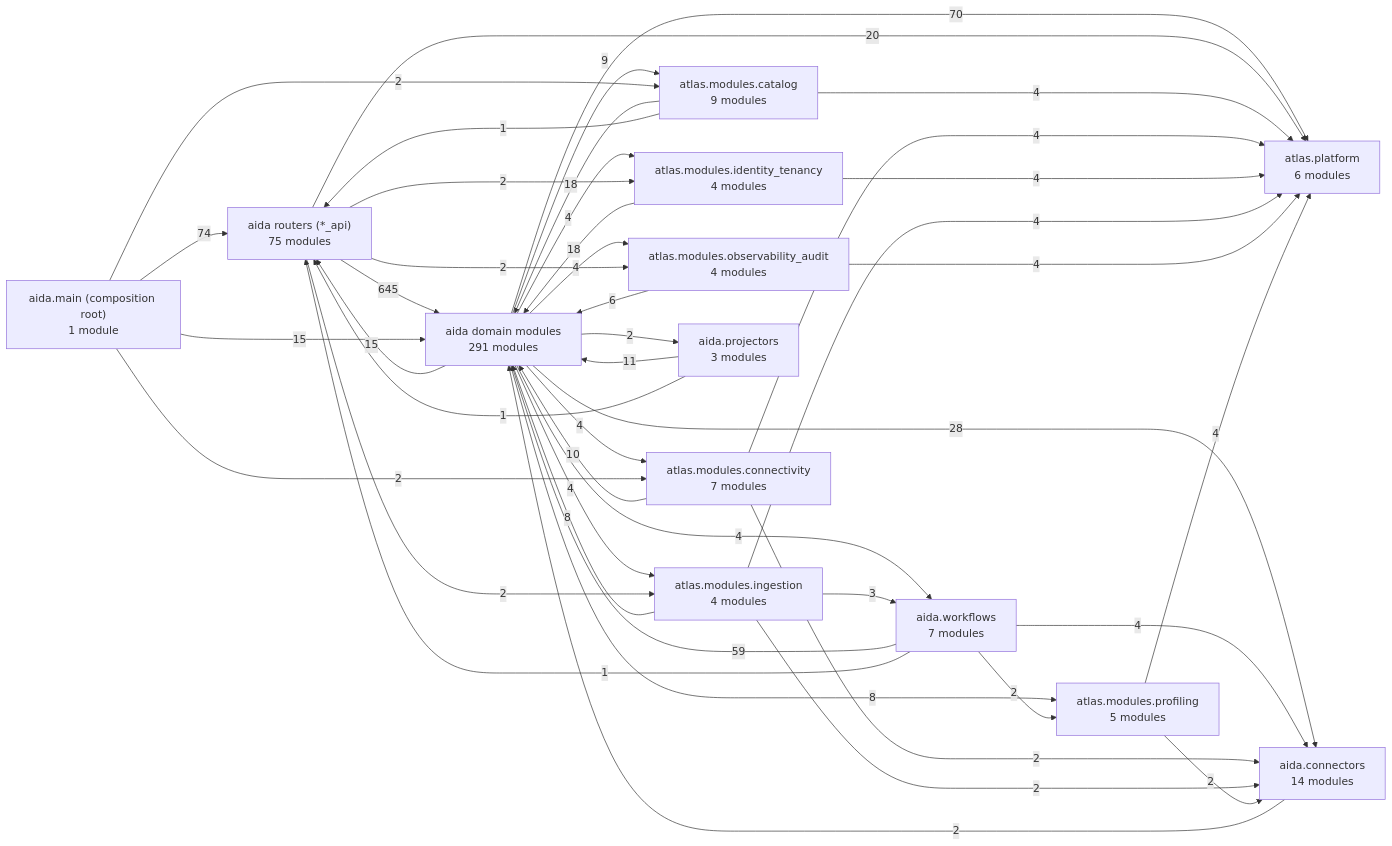
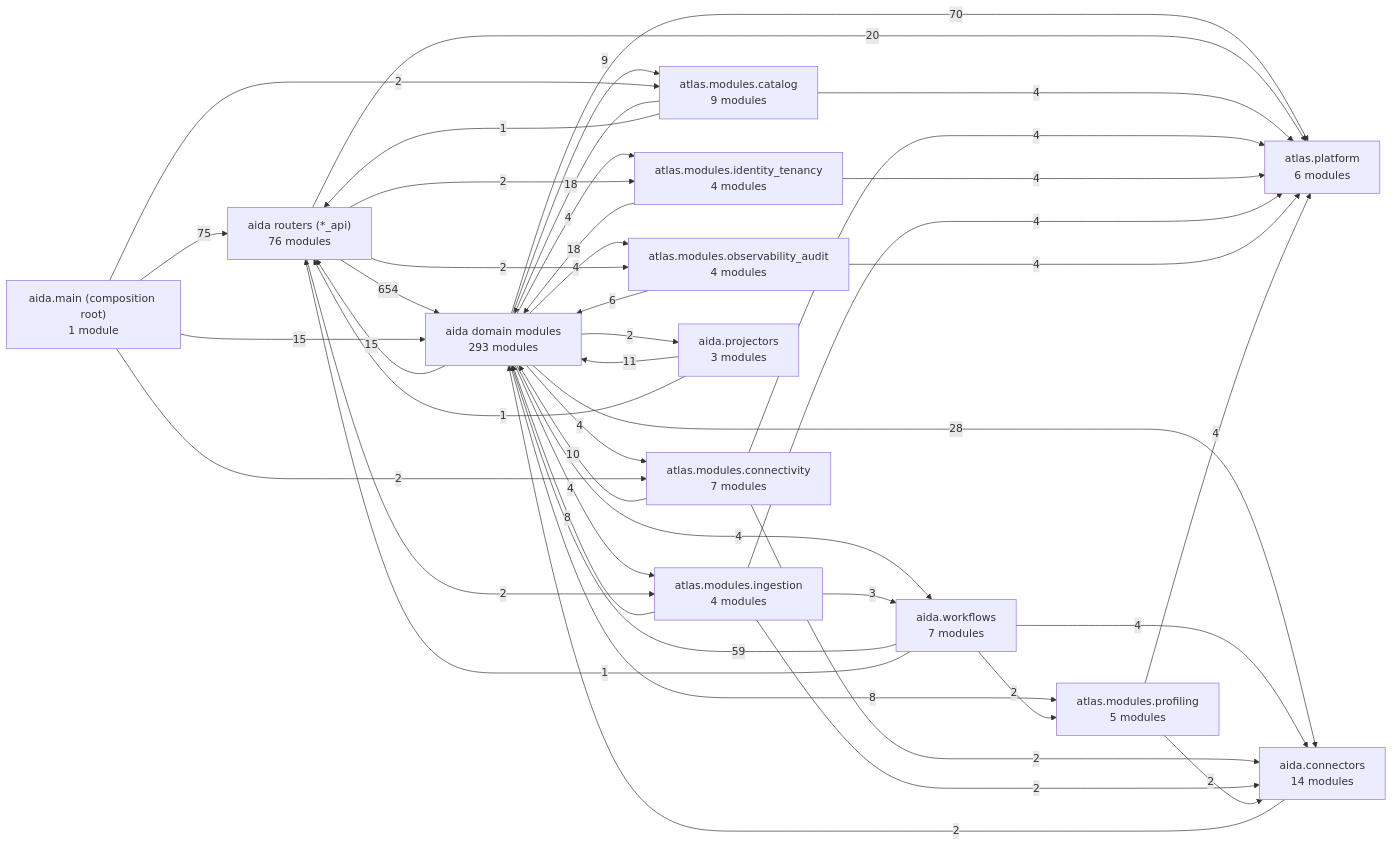
One commit to karuppusamym/AIDataAnalyst changed the first of 3 diagrams in Docs/10-architecture/14-generated-architecture-map.md. Above: the diagram before and after it, drawn with Mermaid. The commit also changed other lines of this file and 15 other files, not shown here.

````diff
--- a/Docs/10-architecture/14-generated-architecture-map.md
+++ b/Docs/10-architecture/14-generated-architecture-map.md
@@ -48,59 +48,59 @@
 ```mermaid
 graph LR
   app["aida.main (composition root)<br/>1 module"]
-  routers["aida routers (*_api)<br/>75 modules"]
-  domain["aida domain modules<br/>291 modules"]
+  routers["aida routers (*_api)<br/>76 modules"]
+  domain["aida domain modules<br/>293 modules"]
   ctx_catalog["atlas.modules.catalog<br/>9 modules"]
   ctx_connectivity["atlas.modules.connectivity<br/>7 modules"]
   ctx_identity_tenancy["atlas.modules.identity_tenancy<br/>4 modules"]
   ctx_ingestion["atlas.modules.ingestion<br/>4 modules"]
   ctx_observability_audit["atlas.modules.observability_audit<br/>4 modules"]
   ctx_profiling["atlas.modules.profiling<br/>5 modules"]
   connectors["aida.connectors<br/>14 modules"]
   workflows["aida.workflows<br/>7 modules"]
   projectors["aida.projectors<br/>3 modules"]
   platform["atlas.platform<br/>6 modules"]
-  routers -->|645| domain
-  app -->|74| routers
+  routers -->|654| domain
+  app -->|75| routers
   domain -->|70| platform
   workflows -->|59| domain
   domain -->|28| connectors
   routers -->|20| platform
   ctx_catalog -->|18| domain
   ctx_identity_tenancy -->|18| domain
   app -->|15| domain
   domain -->|15| routers
   projectors -->|11| domain
   ctx_connectivity -->|10| domain
   domain -->|9| ctx_catalog
   ctx_ingestion -->|8| domain
   domain -->|8| ctx_profiling
   ctx_observability_audit -->|6| domain
   ctx_catalog -->|4| platform
   ctx_connectivity -->|4| platform
   ctx_identity_tenancy -->|4| platform
   ctx_ingestion -->|4| platform
   ctx_observability_audit -->|4| platform
   ctx_profiling -->|4| platform
   domain -->|4| ctx_connectivity
   domain -->|4| ctx_identity_tenancy
   domain -->|4| ctx_ingestion
   domain -->|4| ctx_observability_audit
   domain -->|4| workflows
   workflows -->|4| connectors
   ctx_ingestion -->|3| workflows
   app -->|2| ctx_catalog
   app -->|2| ctx_connectivity
   connectors -->|2| domain
   ctx_connectivity -->|2| connectors
   ctx_ingestion -->|2| connectors
   ctx_profiling -->|2| connectors
   domain -->|2| projectors
   routers -->|2| ctx_identity_tenancy
   routers -->|2| ctx_ingestion
   routers -->|2| ctx_observability_audit
   workflows -->|2| ctx_profiling
   ctx_catalog -->|1| routers
   projectors -->|1| routers
   workflows -->|1| routers
 ```
````
